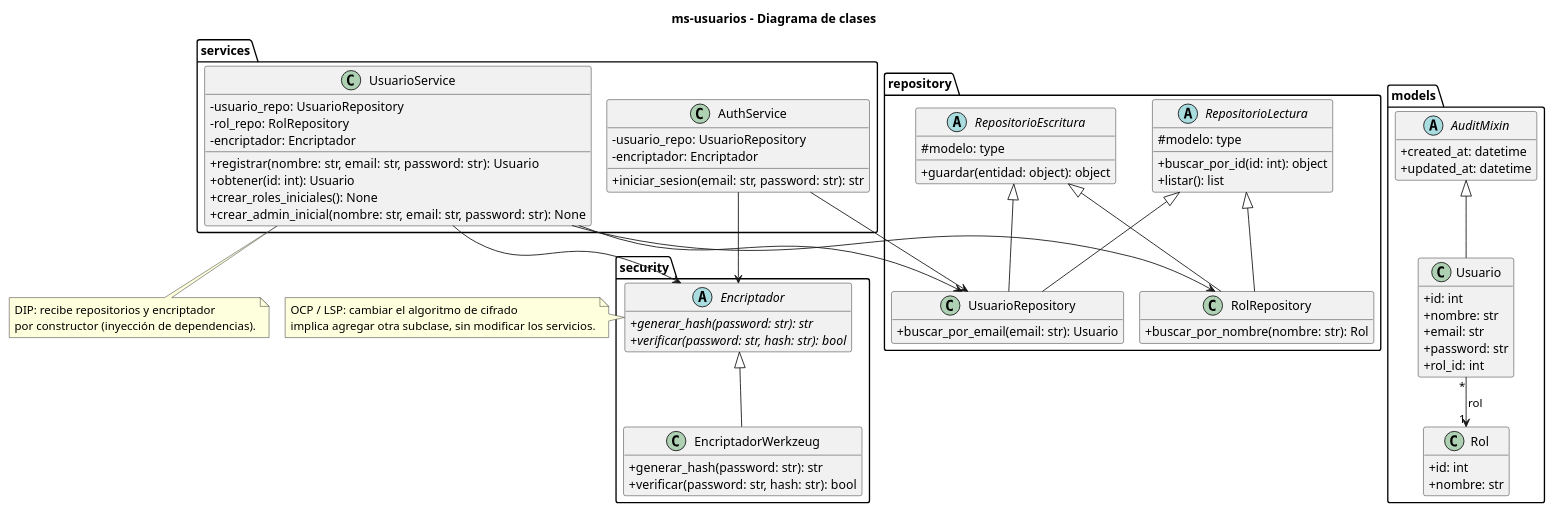
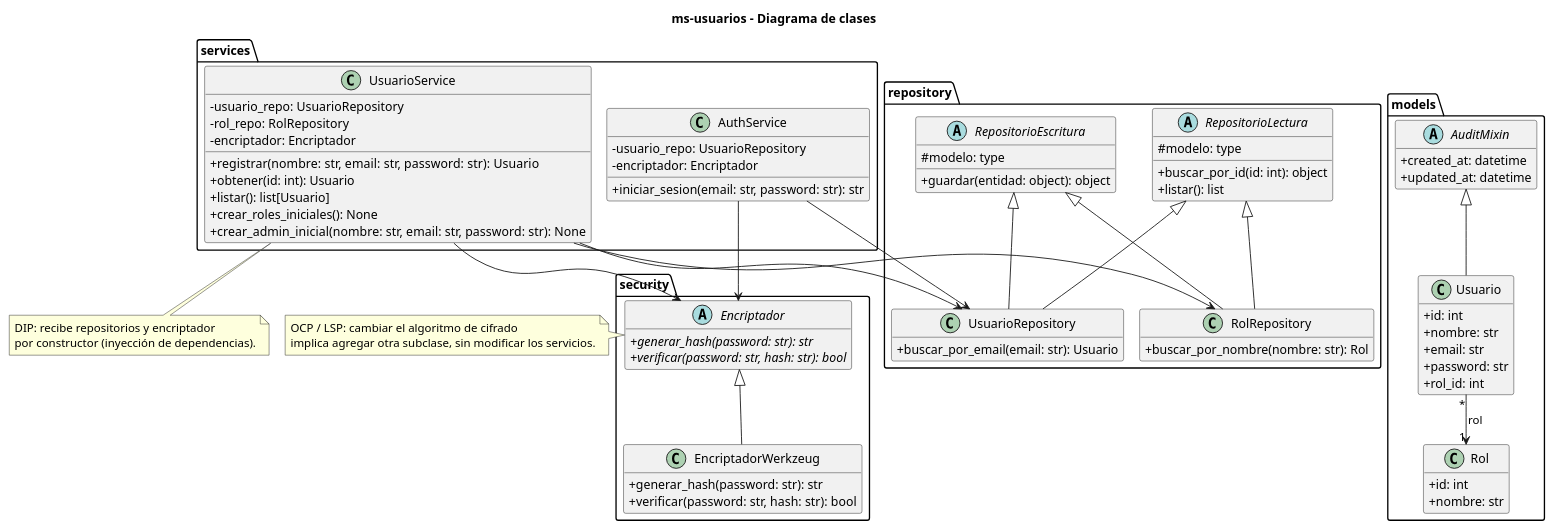
Before and after one commit to EmiBianchi/lubricentro-turnos: the diagram in docs/clases_ms_usuarios.puml, drawn with PlantUML. The commit also changed 7 other files, not shown here.

```diff
--- a/docs/clases_ms_usuarios.puml
+++ b/docs/clases_ms_usuarios.puml
@@ -1,103 +1,104 @@
 @startuml clases_ms_usuarios
 !pragma layout smetana
 title ms-usuarios - Diagrama de clases
 skinparam classAttributeIconSize 0
 hide empty members
 
 package "models" {
   abstract class AuditMixin {
     + created_at: datetime
     + updated_at: datetime
   }
 
   class Rol {
     + id: int
     + nombre: str
   }
 
   class Usuario {
     + id: int
     + nombre: str
     + email: str
     + password: str
     + rol_id: int
   }
 }
 
 package "repository" {
   abstract class RepositorioLectura {
     # modelo: type
     + buscar_por_id(id: int): object
     + listar(): list
   }
 
   abstract class RepositorioEscritura {
     # modelo: type
     + guardar(entidad: object): object
   }
 
   class RolRepository {
     + buscar_por_nombre(nombre: str): Rol
   }
 
   class UsuarioRepository {
     + buscar_por_email(email: str): Usuario
   }
 }
 
 package "security" {
   abstract class Encriptador {
     + {abstract} generar_hash(password: str): str
     + {abstract} verificar(password: str, hash: str): bool
   }
 
   class EncriptadorWerkzeug {
     + generar_hash(password: str): str
     + verificar(password: str, hash: str): bool
   }
 }
 
 package "services" {
   class UsuarioService {
     - usuario_repo: UsuarioRepository
     - rol_repo: RolRepository
     - encriptador: Encriptador
     + registrar(nombre: str, email: str, password: str): Usuario
     + obtener(id: int): Usuario
+    + listar(): list[Usuario]
     + crear_roles_iniciales(): None
     + crear_admin_inicial(nombre: str, email: str, password: str): None
   }
 
   class AuthService {
     - usuario_repo: UsuarioRepository
     - encriptador: Encriptador
     + iniciar_sesion(email: str, password: str): str
   }
 }
 
 AuditMixin <|-- Usuario
 Usuario "*" --> "1" Rol : rol
 
 RepositorioLectura <|-- RolRepository
 RepositorioEscritura <|-- RolRepository
 RepositorioLectura <|-- UsuarioRepository
 RepositorioEscritura <|-- UsuarioRepository
 
 Encriptador <|-- EncriptadorWerkzeug
 
 UsuarioService --> UsuarioRepository
 UsuarioService --> RolRepository
 UsuarioService --> Encriptador
 AuthService --> UsuarioRepository
 AuthService --> Encriptador
 
 note right of Encriptador
   OCP / LSP: cambiar el algoritmo de cifrado
   implica agregar otra subclase, sin modificar los servicios.
 end note
 
 note bottom of UsuarioService
   DIP: recibe repositorios y encriptador
   por constructor (inyección de dependencias).
 end note
 @enduml
```
